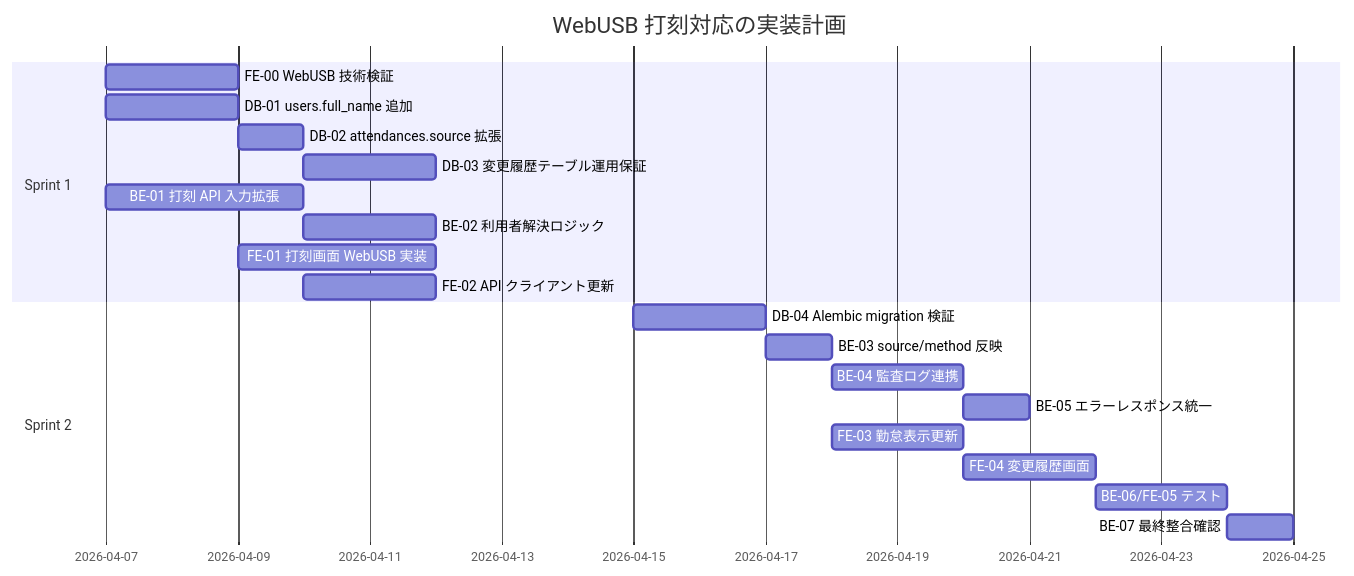
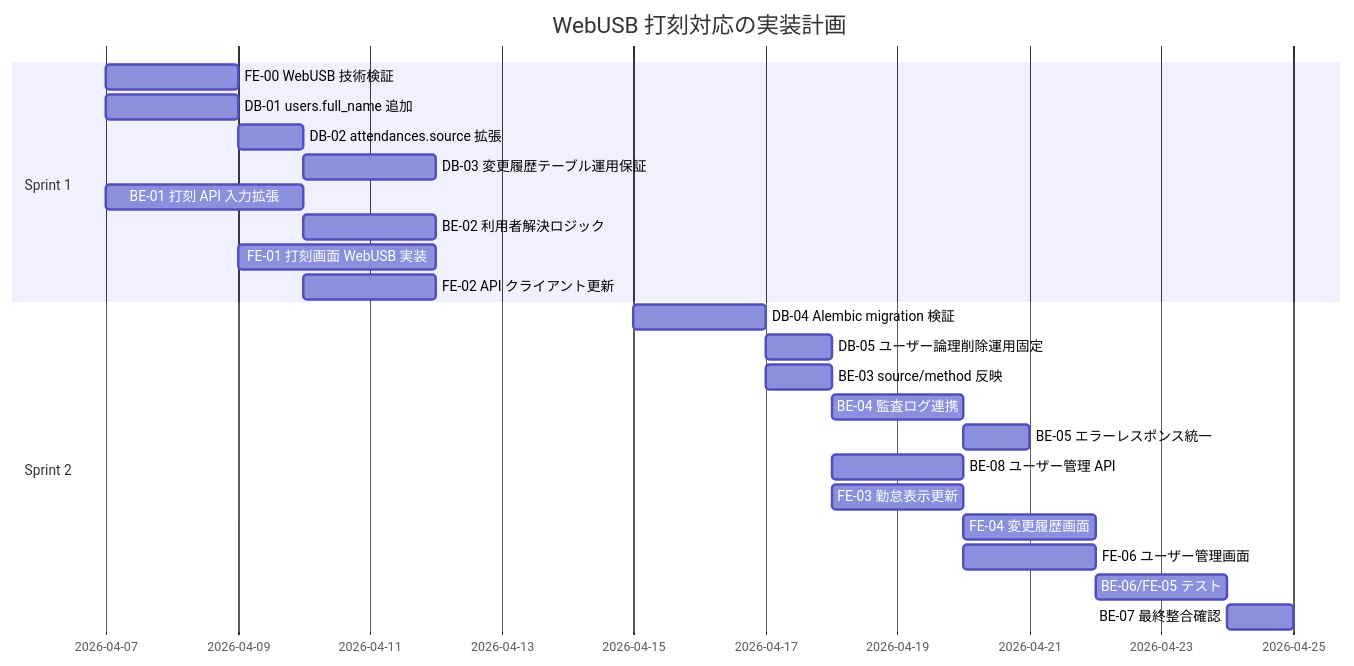
The diagram in docs/implementation-plan.md (tukumanalab/kint), drawn with Mermaid before and after one commit. The commit also changed other lines of this file and 4 other files, not shown here.

Commit message:
feat: implement user management API and update architecture and database design documentation

````diff
--- a/docs/implementation-plan.md
+++ b/docs/implementation-plan.md
@@ -204,25 +235,28 @@
 ```mermaid
 gantt
   title WebUSB 打刻対応の実装計画
   dateFormat  YYYY-MM-DD
 
   section Sprint 1
   FE-00 WebUSB 技術検証               :f0, 2026-04-07, 2d
   DB-01 users.full_name 追加           :a1, 2026-04-07, 2d
   DB-02 attendances.source 拡張        :a2, after a1, 1d
   DB-03 変更履歴テーブル運用保証       :a3, after a2, 2d
   BE-01 打刻 API 入力拡張              :b1, 2026-04-07, 3d
   BE-02 利用者解決ロジック             :b2, after b1, 2d
   FE-01 打刻画面 WebUSB 実装           :f1, after f0, 3d
   FE-02 API クライアント更新           :f2, after b1, 2d
 
   section Sprint 2
   DB-04 Alembic migration 検証         :a4, 2026-04-15, 2d
+  DB-05 ユーザー論理削除運用固定        :a5, after a4, 1d
   BE-03 source/method 反映             :b3, after a4, 1d
   BE-04 監査ログ連携                   :b4, after b3, 2d
   BE-05 エラーレスポンス統一           :b5, after b4, 1d
+  BE-08 ユーザー管理 API               :b8, after a5, 2d
   FE-03 勤怠表示更新                   :f3, after b3, 2d
   FE-04 変更履歴画面                   :f4, after b4, 2d
-  BE-06/FE-05 テスト                   :t1, after f4, 2d
+  FE-06 ユーザー管理画面               :f6, after b8, 2d
+  BE-06/FE-05 テスト                   :t1, after f6, 2d
   BE-07 最終整合確認                   :r1, after t1, 1d
 ```
````
